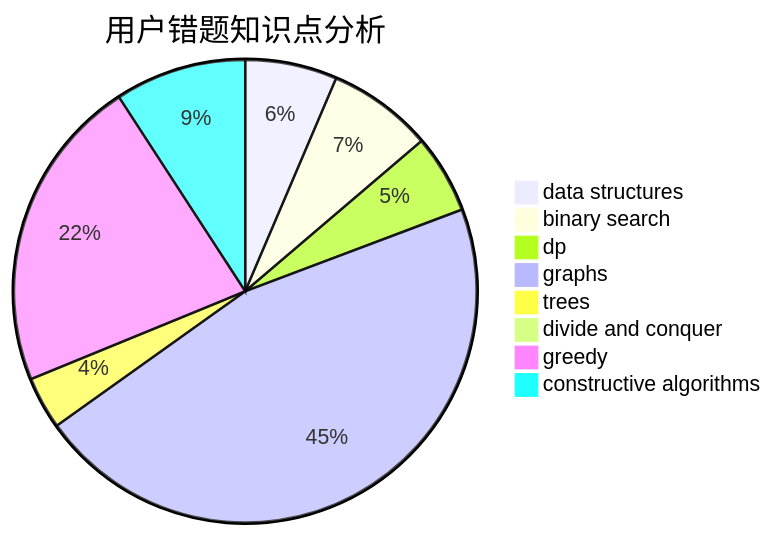
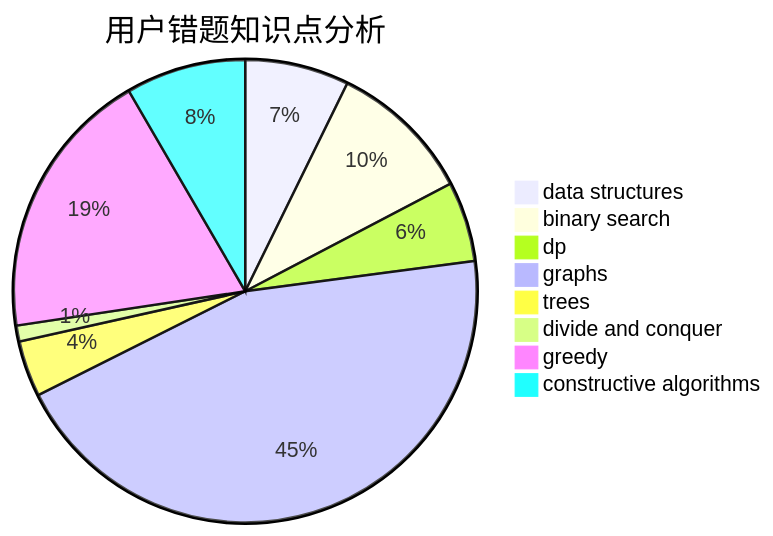
The third of 3 diagrams in docs/user/u704.md (sherpahu/cfrs.github.io), drawn with Mermaid before and after one commit. The commit also changed other lines of this file and 2770 other files, not shown here.

````diff
--- a/docs/user/u704.md
+++ b/docs/user/u704.md
@@ -36,11 +36,11 @@
 ```mermaid
 pie title 用户错题知识点分析
-    "data structures" :  7
-    "binary search" :  8
-    "dp" :  6
-    "graphs" :  50
-    "trees" :  4
-    "divide and conquer" :  1
-    "greedy" :  24
-    "constructive algorithms" :  10
+    "data structures" :  13
+    "binary search" :  18
+    "dp" :  10
+    "graphs" :  80
+    "trees" :  7
+    "divide and conquer" :  2
+    "greedy" :  34
+    "constructive algorithms" :  15
 ```
````
